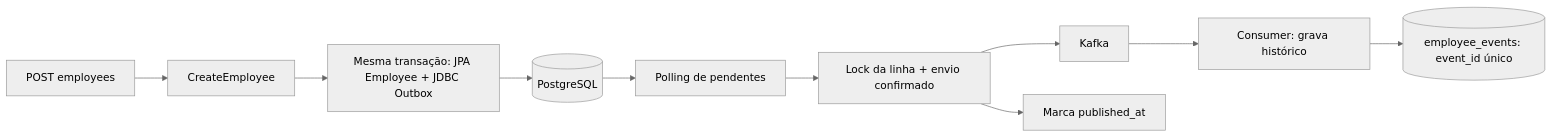
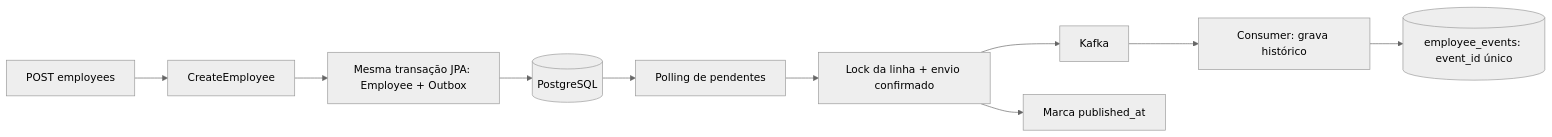
The diagram in docs/decisions/006-outbox-cadastro.md (hodestito/gestao-pessoas), drawn with Mermaid (neutral theme) before and after one commit. The commit also changed other lines of this file and 16 other files, not shown here.

Commit message:
refactor: uniformiza outbox e histórico com JPA [IA]

````diff
--- a/docs/decisions/006-outbox-cadastro.md
+++ b/docs/decisions/006-outbox-cadastro.md
@@ -15,12 +15,12 @@
 ```mermaid
 flowchart LR
     API[POST employees] --> Cadastro[CreateEmployee]
-    Cadastro --> TX["Mesma transação: JPA Employee + JDBC Outbox"]
+    Cadastro --> TX["Mesma transação JPA: Employee + Outbox"]
     TX --> DB[(PostgreSQL)]
     DB --> Poller["Polling de pendentes"]
     Poller --> Envio["Lock da linha + envio confirmado"]
     Envio --> Kafka[Kafka]
     Envio --> Marca["Marca published_at"]
     Kafka --> Consumidor["Consumer: grava histórico"]
     Consumidor --> Historico[("employee_events: event_id único")]
 ```
````
